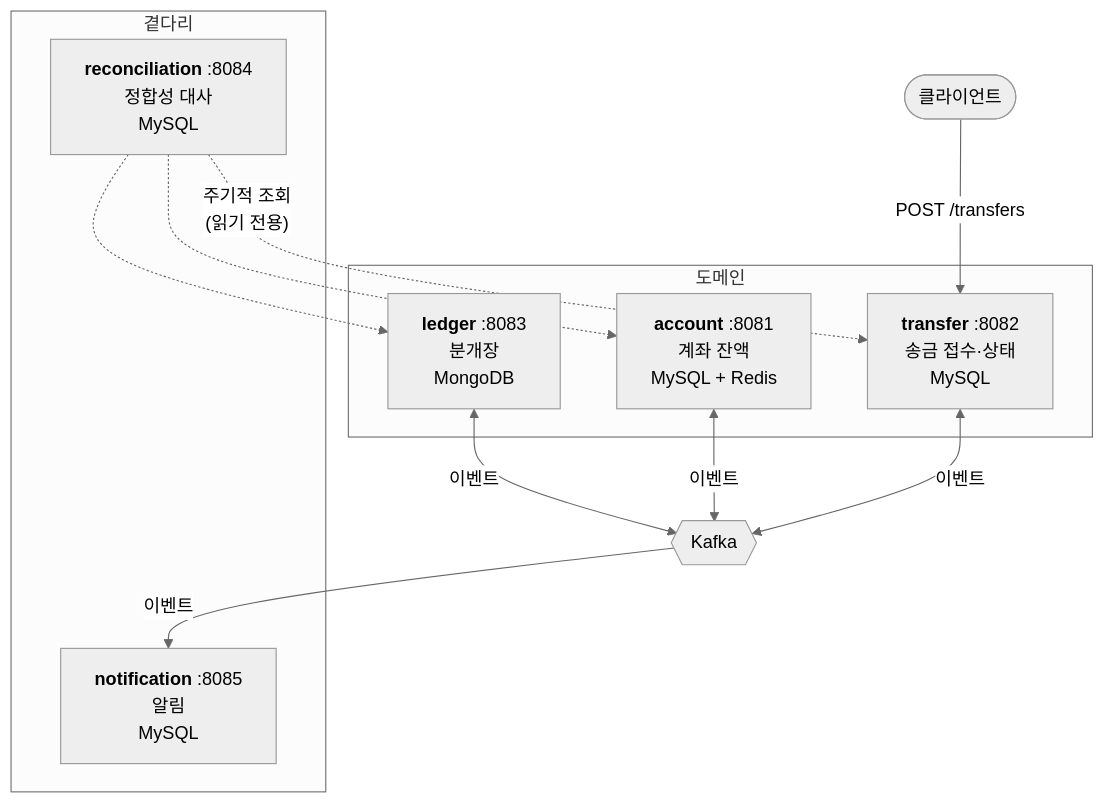
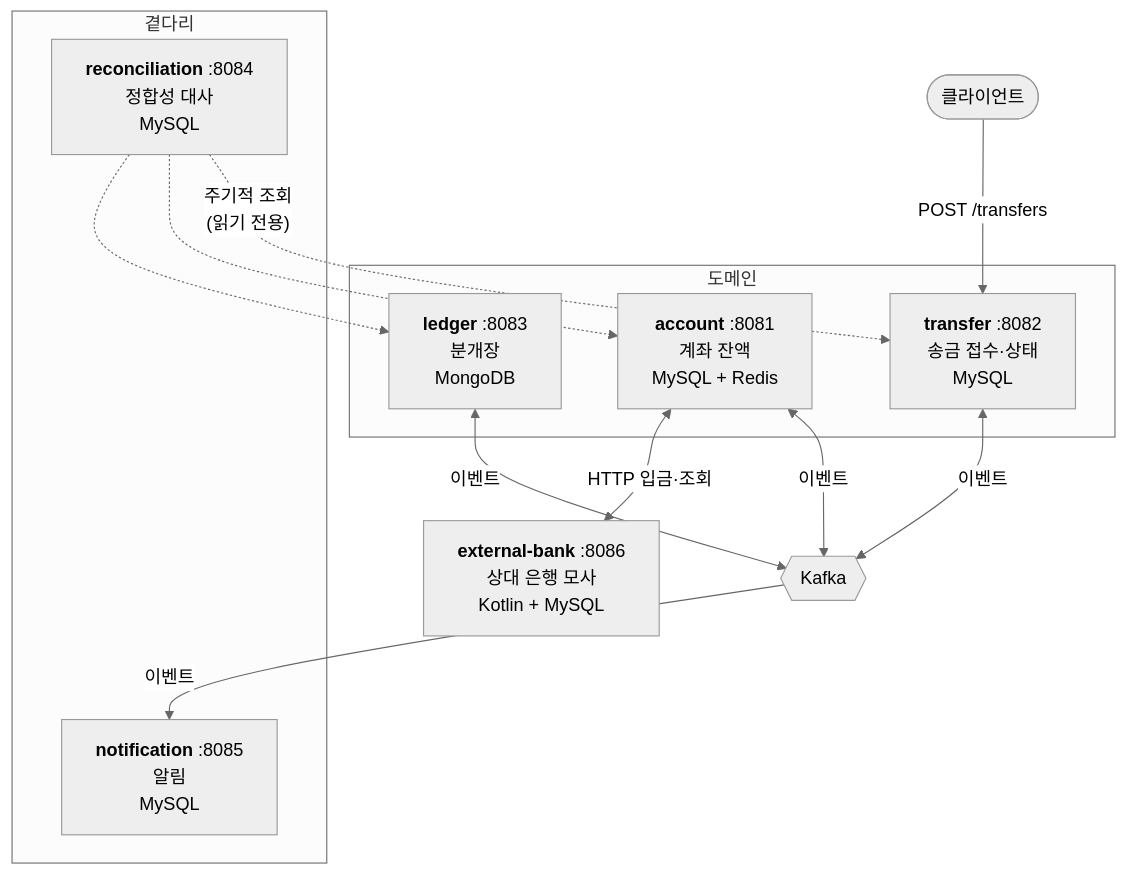
Before and after one commit to xoruddl/scalable-payment-system: the first of 3 diagrams in docs/ARCHITECTURE.md, drawn with Mermaid (neutral theme). The commit also changed other lines of this file and 2 other files, not shown here.

````diff
--- a/docs/ARCHITECTURE.md
+++ b/docs/ARCHITECTURE.md
@@ -20,26 +20,28 @@
 ```mermaid
 flowchart TB
     Client([클라이언트])
 
     subgraph 도메인
         T["<b>transfer</b> :8082<br/>송금 접수·상태<br/>MySQL"]
         A["<b>account</b> :8081<br/>계좌 잔액<br/>MySQL + Redis"]
         L["<b>ledger</b> :8083<br/>분개장<br/>MongoDB"]
     end
 
     subgraph 곁다리
         R["<b>reconciliation</b> :8084<br/>정합성 대사<br/>MySQL"]
         N["<b>notification</b> :8085<br/>알림<br/>MySQL"]
     end
 
+    E["<b>external-bank</b> :8086<br/>상대 은행 모사<br/>Kotlin + MySQL"]
     K{{"Kafka"}}
 
     Client -->|POST /transfers| T
     T <-->|이벤트| K
     A <-->|이벤트| K
     L <-->|이벤트| K
     K -->|이벤트| N
+    A <-->|"HTTP 입금·조회"| E
     R -.->|"주기적 조회<br/>(읽기 전용)"| T
     R -.-> A
     R -.-> L
 ```
````
